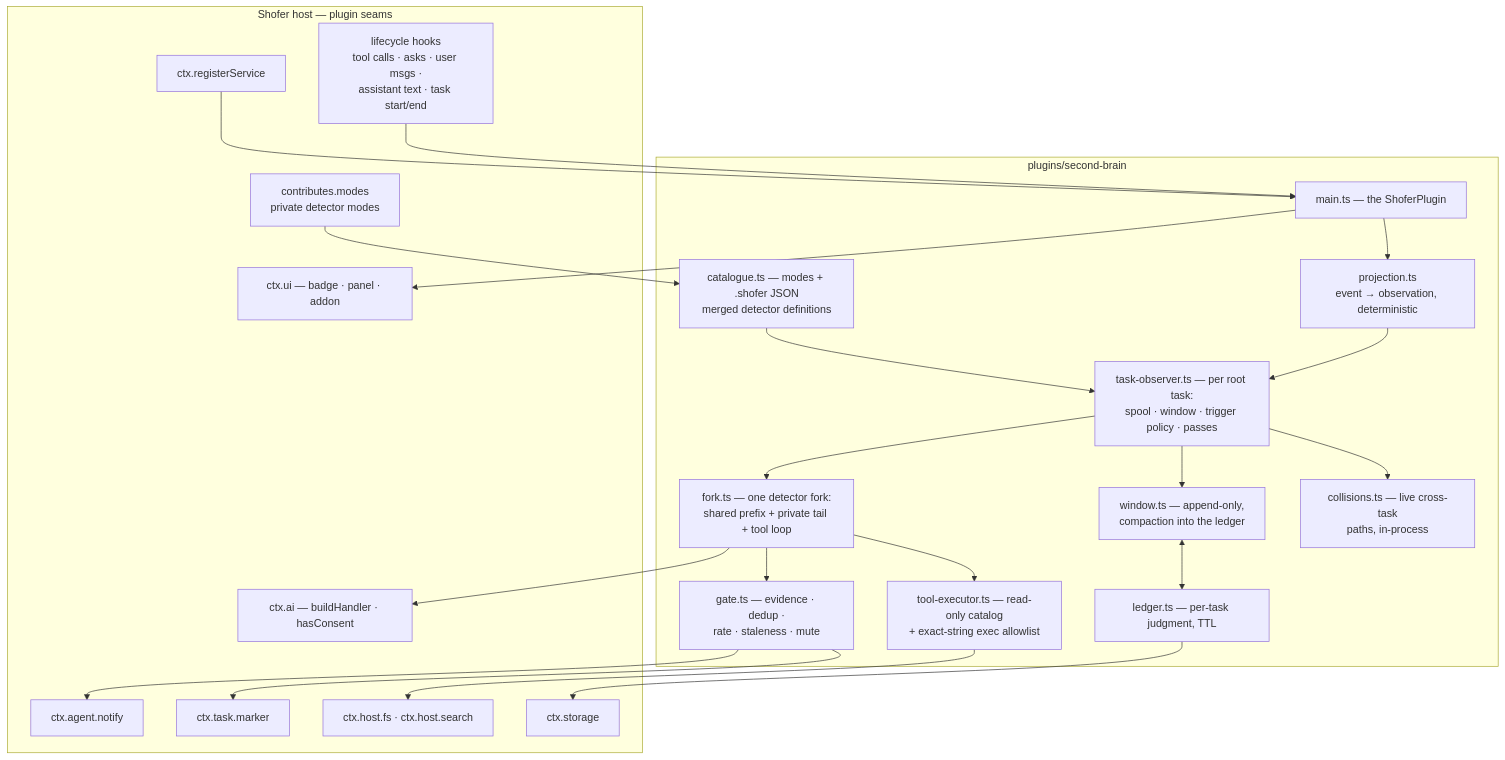
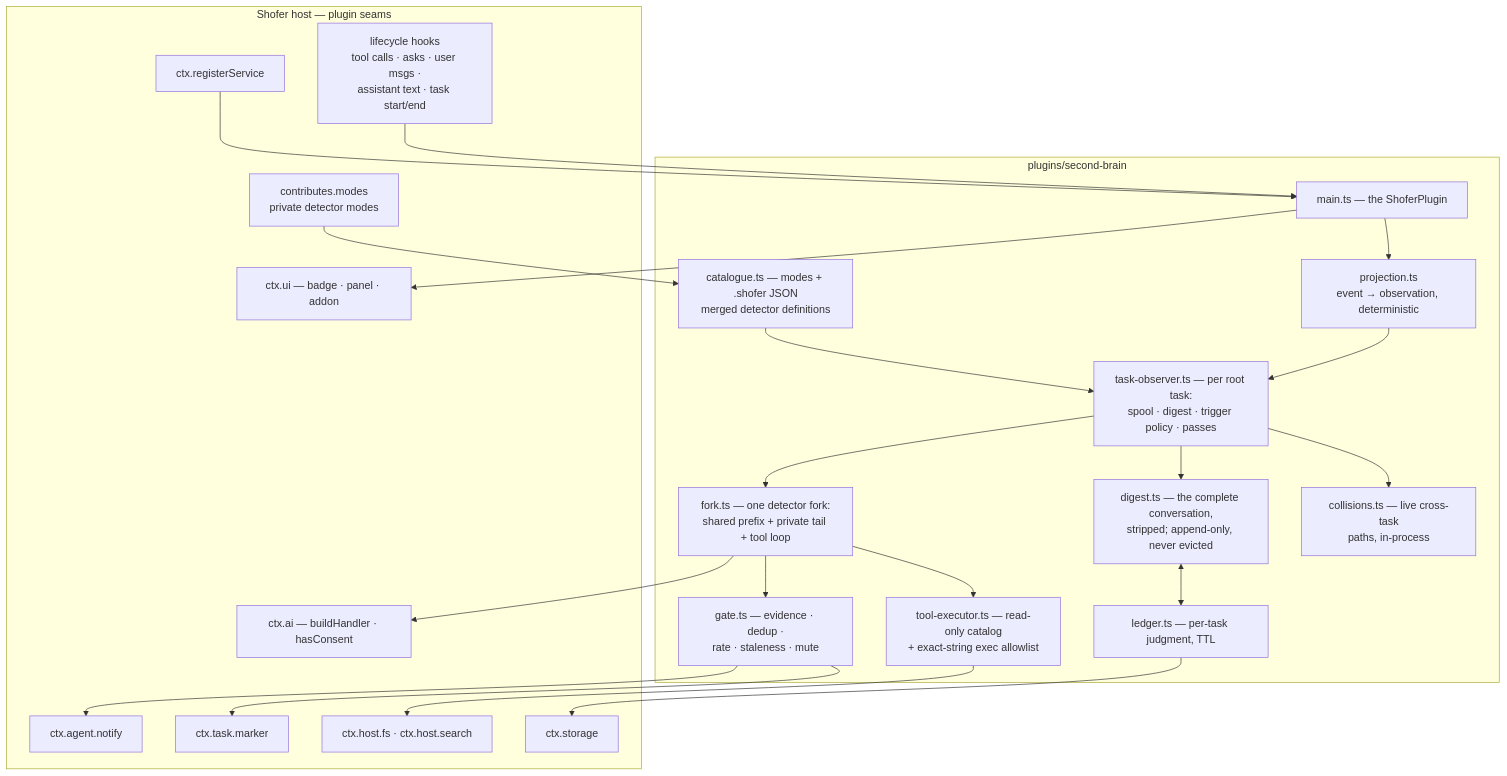
One commit to shofer-dev/shofer changed the first of 3 diagrams in plugins/second-brain/DESIGN.md. Above: the diagram before and after it, drawn with Mermaid. The commit also changed other lines of this file and 19 other files, not shown here.

First line of the commit message:
feat(second-brain): the digest is the complete conversation, not a window

````diff
--- a/plugins/second-brain/DESIGN.md
+++ b/plugins/second-brain/DESIGN.md
@@ -224,40 +224,40 @@
 ```mermaid
 flowchart TD
     subgraph HOST["Shofer host — plugin seams"]
         LC["lifecycle hooks<br/>tool calls · asks · user msgs ·<br/>assistant text · task start/end"]
         SVC["ctx.registerService"]
         AI["ctx.ai — buildHandler · hasConsent"]
         AG["ctx.agent.notify"]
         TK["ctx.task.marker"]
         FS["ctx.host.fs · ctx.host.search"]
         ST["ctx.storage"]
         MODES["contributes.modes<br/>private detector modes"]
         UI["ctx.ui — badge · panel · addon"]
     end
 
     subgraph PLUGIN["plugins/second-brain"]
         MAIN["main.ts — the ShoferPlugin"]
         PROJ["projection.ts<br/>event → observation, deterministic"]
-        OBS["task-observer.ts — per root task:<br/>spool · window · trigger policy · passes"]
-        WIN["window.ts — append-only,<br/>compaction into the ledger"]
+        OBS["task-observer.ts — per root task:<br/>spool · digest · trigger policy · passes"]
+        WIN["digest.ts — the complete conversation,<br/>stripped; append-only, never evicted"]
         FORK["fork.ts — one detector fork:<br/>shared prefix + private tail + tool loop"]
         CAT["catalogue.ts — modes + .shofer JSON<br/>merged detector definitions"]
         GATE["gate.ts — evidence · dedup ·<br/>rate · staleness · mute"]
         LED["ledger.ts — per-task judgment, TTL"]
         TOOLS["tool-executor.ts — read-only catalog<br/>+ exact-string exec allowlist"]
         XTASK["collisions.ts — live cross-task<br/>paths, in-process"]
     end
 
     LC --> MAIN --> PROJ --> OBS
     SVC --> MAIN
     MODES --> CAT --> OBS
     OBS --> WIN
     OBS --> FORK --> AI
     FORK --> TOOLS --> FS
     OBS --> XTASK
     FORK --> GATE
     GATE --> AG
     GATE --> TK
     WIN <--> LED --> ST
     MAIN --> UI
 ```
````
